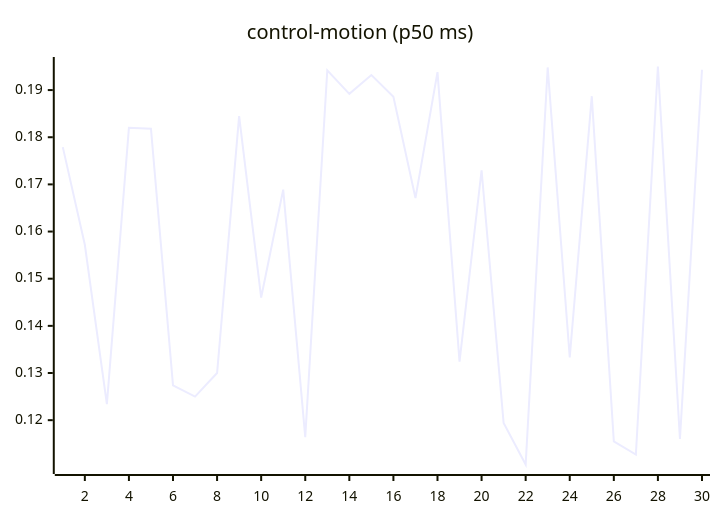
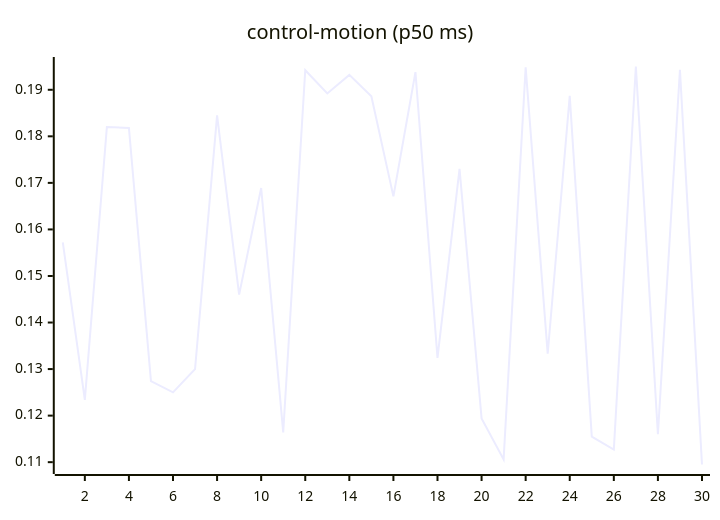
Before and after one commit to josha/Facet: the seventh of 27 diagrams in README.md, drawn with Mermaid. The commit also changed other lines of this file and 2 other files, not shown here.

````diff
--- a/README.md
+++ b/README.md
@@ -105,6 +105,6 @@
 ```mermaid
 xychart-beta
     title "control-motion (p50 ms)"
     x-axis 1 --> 30
-    line [0.1779, 0.1572, 0.1234, 0.1820, 0.1818, 0.1274, 0.1250, 0.1300, 0.1845, 0.1460, 0.1689, 0.1164, 0.1942, 0.1892, 0.1932, 0.1886, 0.1671, 0.1938, 0.1324, 0.1730, 0.1194, 0.1106, 0.1948, 0.1333, 0.1887, 0.1155, 0.1127, 0.1950, 0.1160, 0.1943]
+    line [0.1572, 0.1234, 0.1820, 0.1818, 0.1274, 0.1250, 0.1300, 0.1845, 0.1460, 0.1689, 0.1164, 0.1942, 0.1892, 0.1932, 0.1886, 0.1671, 0.1938, 0.1324, 0.1730, 0.1194, 0.1106, 0.1948, 0.1333, 0.1887, 0.1155, 0.1127, 0.1950, 0.1160, 0.1943, 0.1095]
 ```
````
